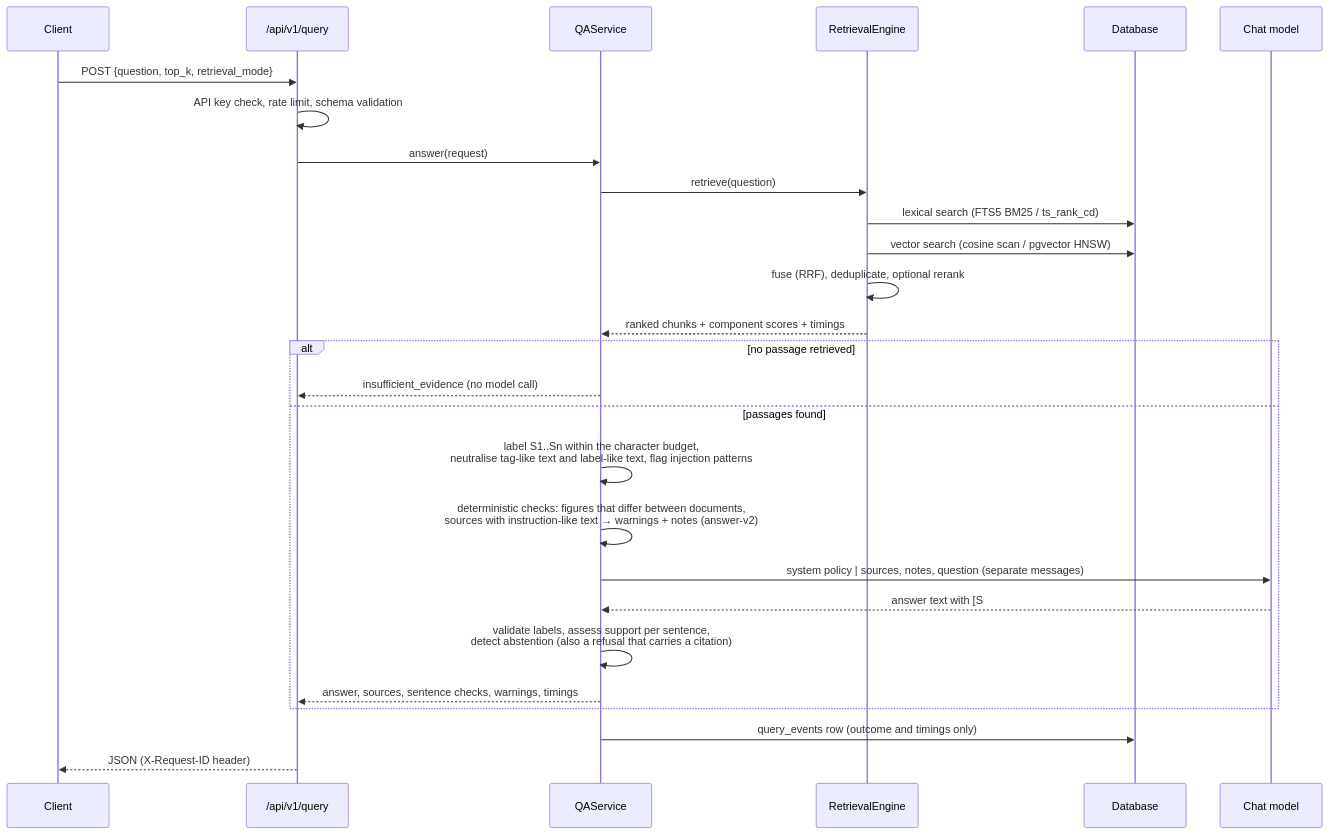
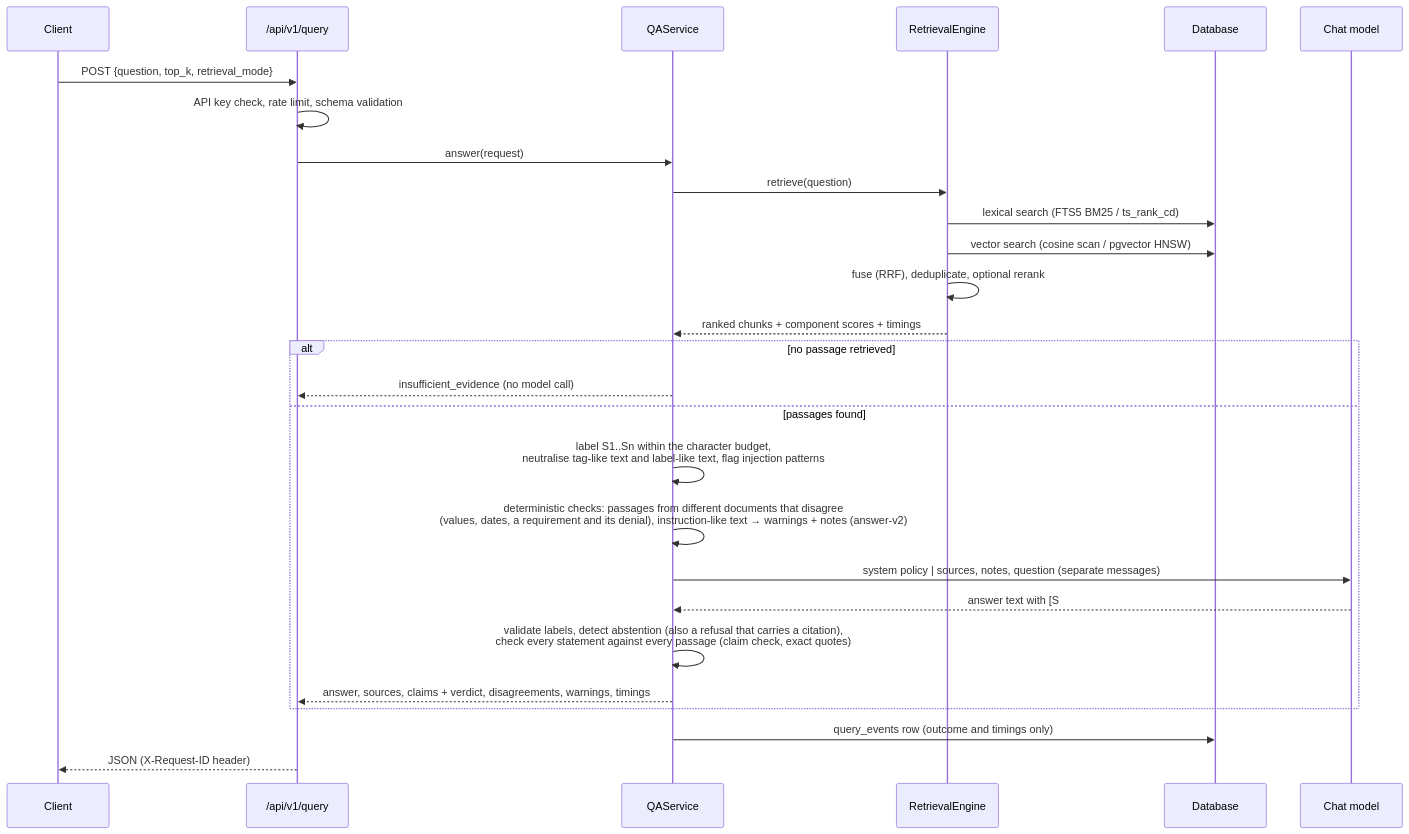
One commit to pouyapd/GroundedAI changed the second of 2 diagrams in docs/ARCHITECTURE.md. Above: the diagram before and after it, drawn with Mermaid. The commit also changed other lines of this file and 12 other files, not shown here.

````diff
--- a/docs/ARCHITECTURE.md
+++ b/docs/ARCHITECTURE.md
@@ -60,29 +60,29 @@
 ```mermaid
 sequenceDiagram
   participant C as Client
   participant API as /api/v1/query
   participant QA as QAService
   participant R as RetrievalEngine
   participant DB as Database
   participant M as Chat model
   C->>API: POST {question, top_k, retrieval_mode}
   API->>API: API key check, rate limit, schema validation
   API->>QA: answer(request)
   QA->>R: retrieve(question)
   R->>DB: lexical search (FTS5 BM25 / ts_rank_cd)
   R->>DB: vector search (cosine scan / pgvector HNSW)
   R->>R: fuse (RRF), deduplicate, optional rerank
   R-->>QA: ranked chunks + component scores + timings
   alt no passage retrieved
     QA-->>API: insufficient_evidence (no model call)
   else passages found
     QA->>QA: label S1..Sn within the character budget,<br/>neutralise tag-like text and label-like text, flag injection patterns
-    QA->>QA: deterministic checks: figures that differ between documents,<br/>sources with instruction-like text → warnings + notes (answer-v2)
+    QA->>QA: deterministic checks: passages from different documents that disagree<br/>(values, dates, a requirement and its denial), instruction-like text → warnings + notes (answer-v2)
     QA->>M: system policy | sources, notes, question (separate messages)
     M-->>QA: answer text with [S#] markers
-    QA->>QA: validate labels, assess support per sentence,<br/>detect abstention (also a refusal that carries a citation)
-    QA-->>API: answer, sources, sentence checks, warnings, timings
+    QA->>QA: validate labels, detect abstention (also a refusal that carries a citation),<br/>check every statement against every passage (claim check, exact quotes)
+    QA-->>API: answer, sources, claims + verdict, disagreements, warnings, timings
   end
   QA->>DB: query_events row (outcome and timings only)
   API-->>C: JSON (X-Request-ID header)
 ```
````
